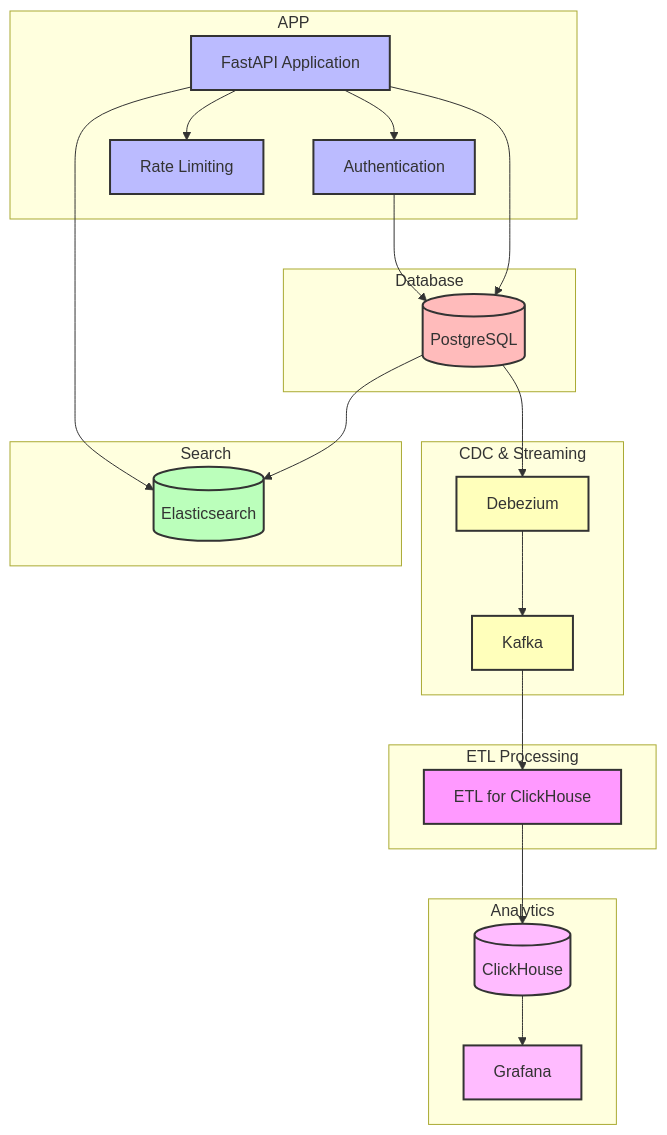
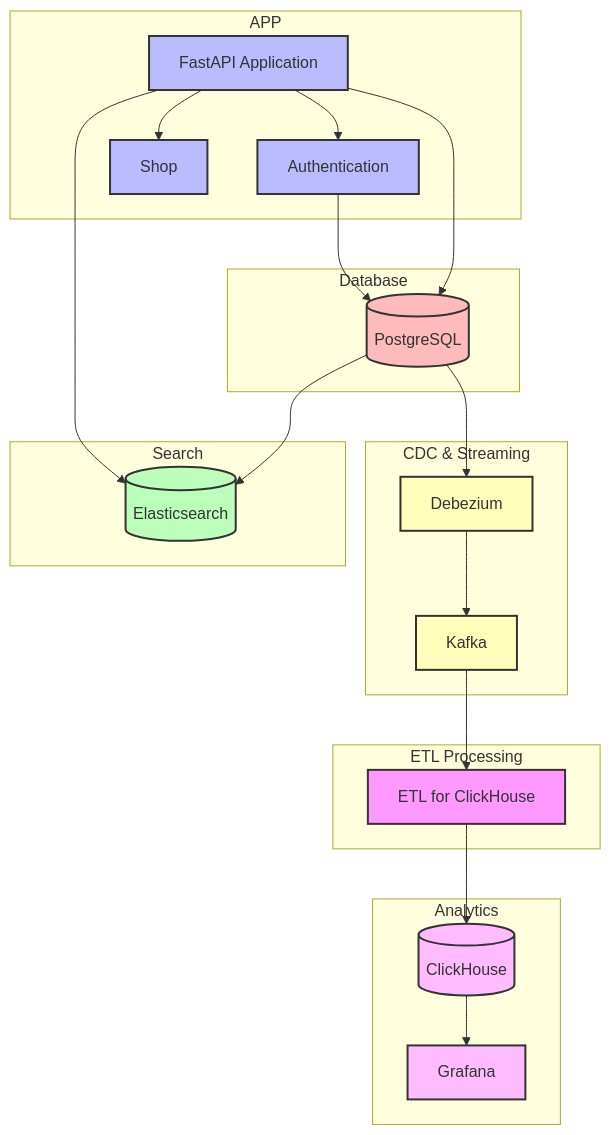
The diagram in ARCHITECTURE.md (AAMoshenskij/online_store), drawn with Mermaid before and after one commit.

````diff
--- a/ARCHITECTURE.md
+++ b/ARCHITECTURE.md
@@ -30,64 +30,64 @@
 ```mermaid
 graph TB
     subgraph "APP"
         API[FastAPI Application]
         AUTH[Authentication]
-        RATE[Rate Limiting]
+        RATE[Shop]
     end
 
     subgraph "Database"
         PG[(PostgreSQL)]
     end
 
     subgraph "CDC & Streaming"
         DEB[Debezium]
         KAFKA[Kafka]
     end
 
     subgraph "ETL Processing"
         ETL_CH[ETL for ClickHouse]
     end
 
     subgraph "Search"
         ES[(Elasticsearch)]
     end
 
     subgraph "Analytics"
         CH[(ClickHouse)]
         GRAF[Grafana]
     end
 
     %% Styling
     classDef app fill:#bbf,stroke:#333,stroke-width:2px
     classDef database fill:#fbb,stroke:#333,stroke-width:2px
     classDef cdc fill:#ffb,stroke:#333,stroke-width:2px
     classDef etl fill:#f9f,stroke:#333,stroke-width:2px
     classDef search fill:#bfb,stroke:#333,stroke-width:2px
     classDef analytics fill:#fbf,stroke:#333,stroke-width:2px
 
     %% App connections
     API --> AUTH
     API --> RATE
     AUTH --> PG
     API --> PG
     API --> ES
     PG --> ES
 
     %% CDC connections
     PG --> DEB
     DEB --> KAFKA
 
     %% ETL connections
     KAFKA --> ETL_CH
     ETL_CH --> CH
 
     %% Analytics connections
     CH --> GRAF
     class API,AUTH,RATE app
     class PG database
     class DEB,KAFKA cdc
     class ETL_CH etl
     class ES search
     class CH,GRAF analytics
 
 ```
````
